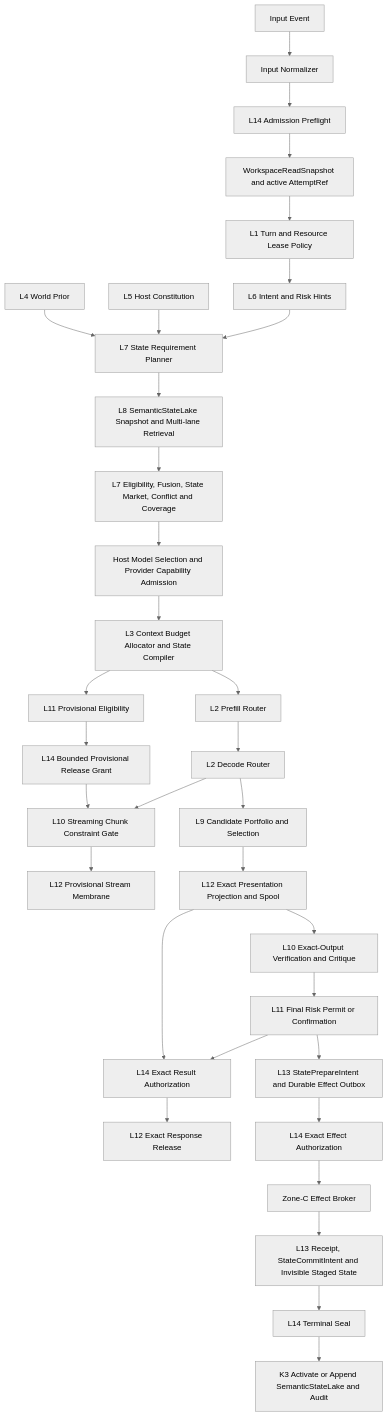
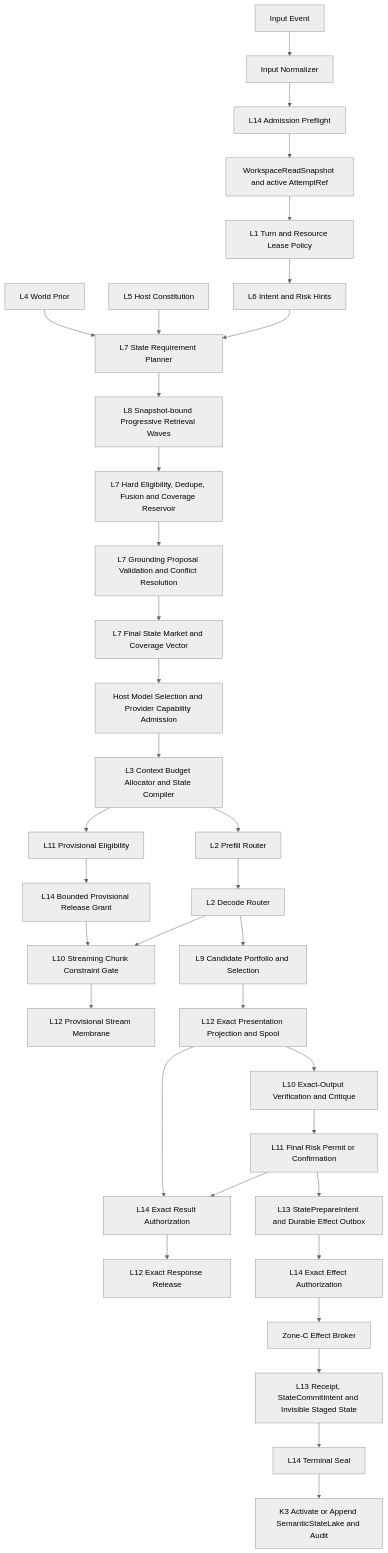
One commit to ChangGeng01/ProjectSix changed the diagram in docs/superpowers/specs/2026-07-14-iphone-air-future-apple-silicon-architecture-design.md. Above: the diagram before and after it, drawn with Mermaid (neutral theme). The commit also changed other lines of this file, not shown here.

Commit message:
docs: converge Qinao A+ architecture

````diff
--- a/docs/superpowers/specs/2026-07-14-iphone-air-future-apple-silicon-architecture-design.md
+++ b/docs/superpowers/specs/2026-07-14-iphone-air-future-apple-silicon-architecture-design.md
@@ -759,35 +793,37 @@
 ```mermaid
 flowchart TD
     A[Input Event] --> B[Input Normalizer]
     B --> C[L14 Admission Preflight]
     C --> WS[WorkspaceReadSnapshot and active AttemptRef]
     WS --> D[L1 Turn and Resource Lease Policy]
     D --> E[L6 Intent and Risk Hints]
     W[L4 World Prior] --> F[L7 State Requirement Planner]
     H[L5 Host Constitution] --> F
     E --> F
-    F --> G[L8 SemanticStateLake Snapshot and Multi-lane Retrieval]
-    G --> I[L7 Eligibility, Fusion, State Market, Conflict and Coverage]
-    I --> MS[Host Model Selection and Provider Capability Admission]
+    F --> G[L8 Snapshot-bound Progressive Retrieval Waves]
+    G --> I[L7 Hard Eligibility, Dedupe, Fusion and Coverage Reservoir]
+    I --> GR[L7 Grounding Proposal Validation and Conflict Resolution]
+    GR --> SM[L7 Final State Market and Coverage Vector]
+    SM --> MS[Host Model Selection and Provider Capability Admission]
     MS --> J[L3 Context Budget Allocator and State Compiler]
     J --> PE[L11 Provisional Eligibility]
     PE --> PG[L14 Bounded Provisional Release Grant]
     J --> K[L2 Prefill Router]
     K --> L[L2 Decode Router]
     PG --> SV[L10 Streaming Chunk Constraint Gate]
     L --> SV
     SV --> PS[L12 Provisional Stream Membrane]
     L --> M[L9 Candidate Portfolio and Selection]
     M --> P[L12 Exact Presentation Projection and Spool]
     P --> N[L10 Exact-Output Verification and Critique]
     N --> O[L11 Final Risk Permit or Confirmation]
     P --> RA[L14 Exact Result Authorization]
     O --> RA
     RA --> RR[L12 Exact Response Release]
     O --> Q[L13 StatePrepareIntent and Durable Effect Outbox]
     Q --> R[L14 Exact Effect Authorization]
     R --> S[Zone-C Effect Broker]
     S --> T[L13 Receipt, StateCommitIntent and Invisible Staged State]
     T --> U[L14 Terminal Seal]
     U --> V[K3 Activate or Append SemanticStateLake and Audit]
 ```
````
